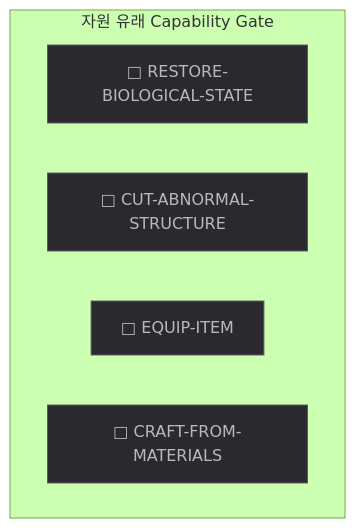
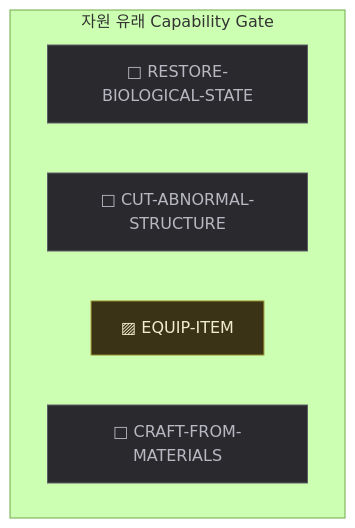
One commit to dkwkekzz/HktFramework changed the fifth of 11 diagrams in HktAdvProtoH/content/proto-adventure/master/graph/GRAPH.md. Above: the diagram before and after it, drawn with Mermaid (forest theme). The commit also changed other lines of this file and 7 other files, not shown here.

````diff
--- a/HktAdvProtoH/content/proto-adventure/master/graph/GRAPH.md
+++ b/HktAdvProtoH/content/proto-adventure/master/graph/GRAPH.md
@@ -274,17 +274,18 @@
 ```mermaid
 flowchart TB
   subgraph SEGBASE ["자원 유래 Capability Gate"]
     N0["□ RESTORE-BIOLOGICAL-STATE"]
     N1["□ CUT-ABNORMAL-STRUCTURE"]
-    N2["□ EQUIP-ITEM"]
+    N2["▨ EQUIP-ITEM"]
     N3["□ CRAFT-FROM-MATERIALS"]
   end
 
   classDef impl fill:#16351f,stroke:#3f8a52,color:#d8f2df;
   classDef part fill:#3a3315,stroke:#9a8a2e,color:#f2ecd0;
   classDef miss fill:#2a2a2e,stroke:#5c5c66,color:#b8b8c2;
   classDef implS fill:#16351f,stroke:#3f8a52,color:#d8f2df,stroke-dasharray:5 4;
   classDef partS fill:#3a3315,stroke:#9a8a2e,color:#f2ecd0,stroke-dasharray:5 4;
   classDef missS fill:#2a2a2e,stroke:#5c5c66,color:#b8b8c2,stroke-dasharray:5 4;
-  class N0,N1,N2,N3 miss;
+  class N2 part;
+  class N0,N1,N3 miss;
 ```
````
